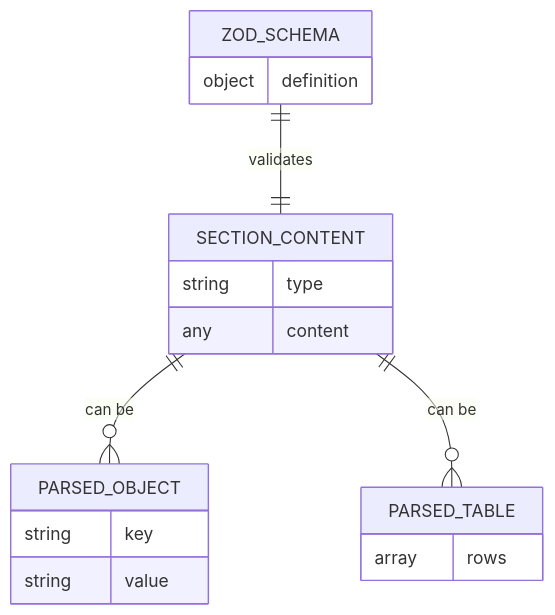
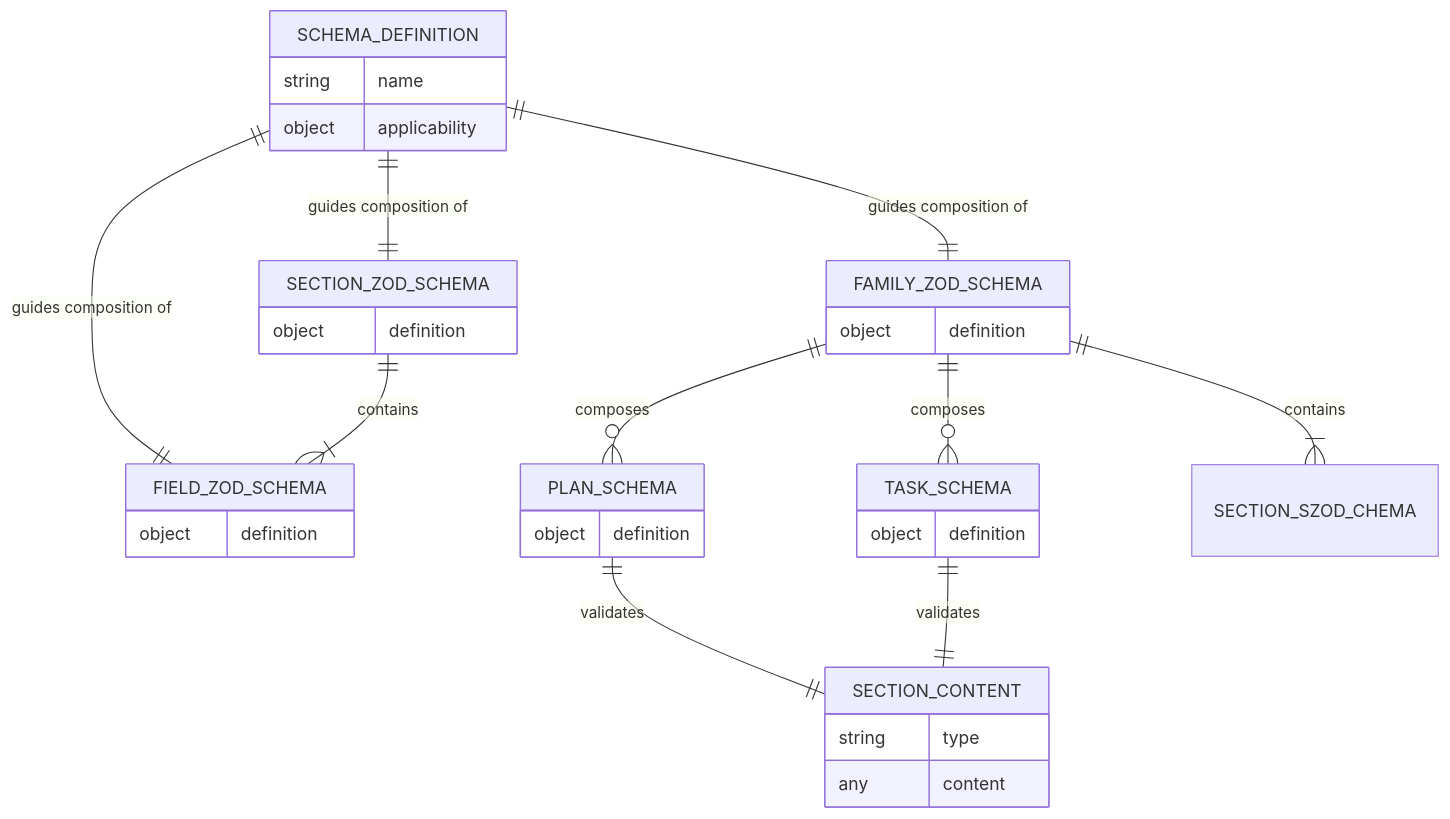
The first of 4 diagrams in docs/requirements/p1-p6.t32-define-section-content-schemas.task.md (livelifelively/documentation-driven-development-tools), drawn with Mermaid before and after one commit. The commit also changed other lines of this file and 29 other files, not shown here.

````diff
--- a/docs/requirements/p1-p6.t32-define-section-content-schemas.task.md
+++ b/docs/requirements/p1-p6.t32-define-section-content-schemas.task.md
@@ -63,21 +64,39 @@
 ```mermaid
 erDiagram
+    SCHEMA_DEFINITION {
+        string name
+        object applicability
+    }
+    FAMILY_ZOD_SCHEMA {
+        object definition
+    }
+    SECTION_ZOD_SCHEMA {
+        object definition
+    }
+    FIELD_ZOD_SCHEMA {
+        object definition
+    }
+    PLAN_SCHEMA {
+        object definition
+    }
+    TASK_SCHEMA {
+        object definition
+    }
     SECTION_CONTENT {
         string type
         any content
     }
-    ZOD_SCHEMA {
-        object definition
-    }
-    PARSED_OBJECT {
-        string key
-        string value
-    }
-    PARSED_TABLE {
-        array rows
-    }
 
-    SECTION_CONTENT ||--o{ PARSED_OBJECT : "can be"
-    SECTION_CONTENT ||--o{ PARSED_TABLE : "can be"
-    ZOD_SCHEMA ||--|| SECTION_CONTENT : "validates"
+    SCHEMA_DEFINITION ||--|| FAMILY_ZOD_SCHEMA : "guides composition of"
+    SCHEMA_DEFINITION ||--|| SECTION_ZOD_SCHEMA : "guides composition of"
+    SCHEMA_DEFINITION ||--|| FIELD_ZOD_SCHEMA : "guides composition of"
+
+    FAMILY_ZOD_SCHEMA ||--|{ SECTION_SZOD_CHEMA : "contains"
+    SECTION_ZOD_SCHEMA ||--|{ FIELD_ZOD_SCHEMA : "contains"
+
+    FAMILY_ZOD_SCHEMA ||--o{ PLAN_SCHEMA : "composes"
+    FAMILY_ZOD_SCHEMA ||--o{ TASK_SCHEMA : "composes"
+
+    PLAN_SCHEMA ||--|| SECTION_CONTENT : "validates"
+    TASK_SCHEMA ||--|| SECTION_CONTENT : "validates"
 ```
````
